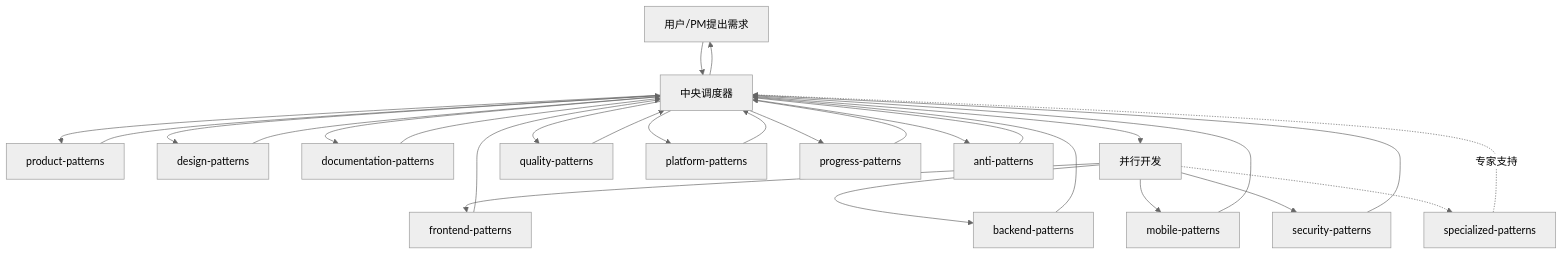
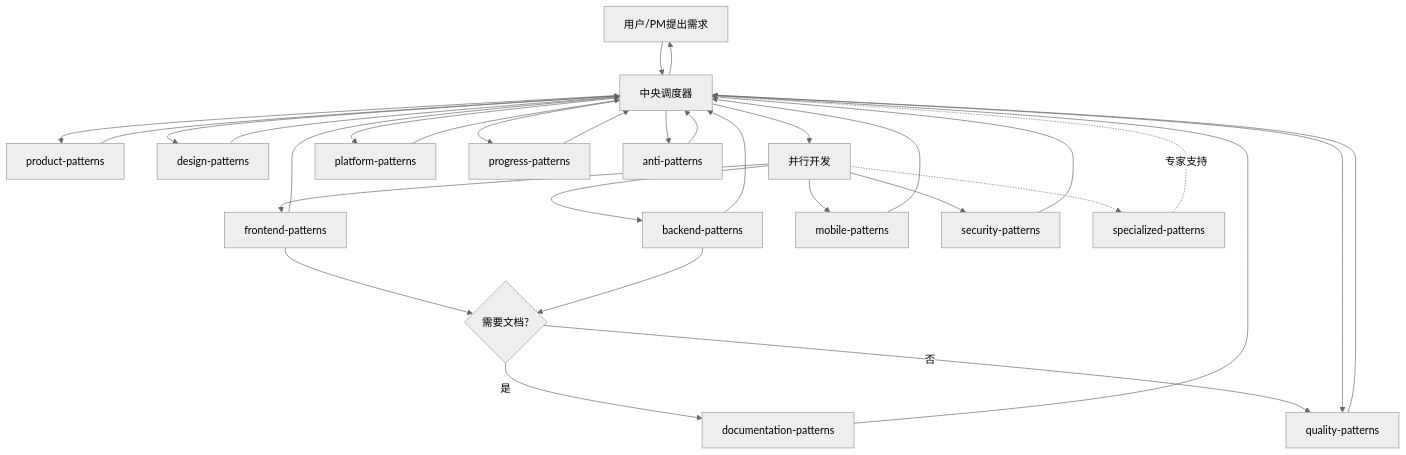
One commit to Tooooommy/Trae-Workflow changed the first of 2 diagrams in agents/orchestrator.md. Above: the diagram before and after it, drawn with Mermaid (neutral theme). The commit also changed other lines of this file, not shown here.

First line of the commit message:
refactor(orchestrator): 优化调度流程和异常处理

````diff
--- a/agents/orchestrator.md
+++ b/agents/orchestrator.md
@@ -25,40 +25,43 @@
 ```mermaid
 flowchart TD
     User[用户/PM提出需求] --> Orchestrator[中央调度器]
 
     Orchestrator --> Product[product-patterns]
     Product --> Orchestrator
 
     Orchestrator --> Design[design-patterns]
     Design --> Orchestrator
 
-    Orchestrator --> Doc[documentation-patterns]
-    Doc --> Orchestrator
-
     Orchestrator --> ParallelDev[并行开发]
     ParallelDev --> FE[frontend-patterns]
     ParallelDev --> BE[backend-patterns]
     ParallelDev --> Mobile[mobile-patterns]
     ParallelDev --> Security[security-patterns]
     ParallelDev -.-> Expert[specialized-patterns]
 
+    FE --> DocReq{需要文档?}
+    BE --> DocReq
+    DocReq -->|是| Doc[documentation-patterns]
+    DocReq -->|否| QA
+
     FE --> Orchestrator
     BE --> Orchestrator
     Mobile --> Orchestrator
     Security --> Orchestrator
     Expert -. 专家支持 .-> Orchestrator
+    Doc --> Orchestrator
 
     Orchestrator --> QA[quality-patterns]
     QA --> Orchestrator
 
     Orchestrator --> Ops[platform-patterns]
     Ops --> Orchestrator
 
     Orchestrator --> Progress[progress-patterns]
     Progress --> Orchestrator
 
     Orchestrator --> Anti[anti-patterns]
     Anti --> Orchestrator
 
     Orchestrator --> User
 ```
````
